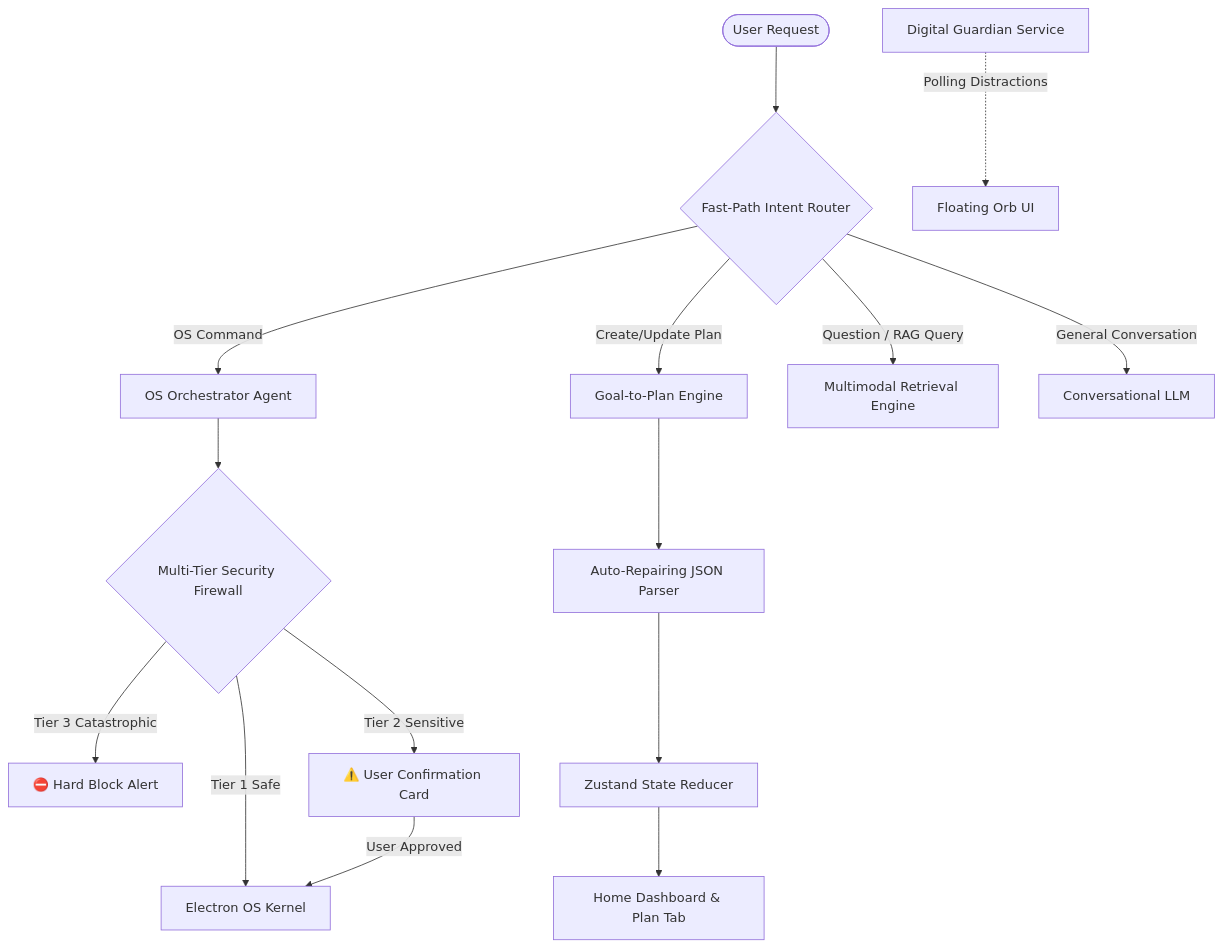
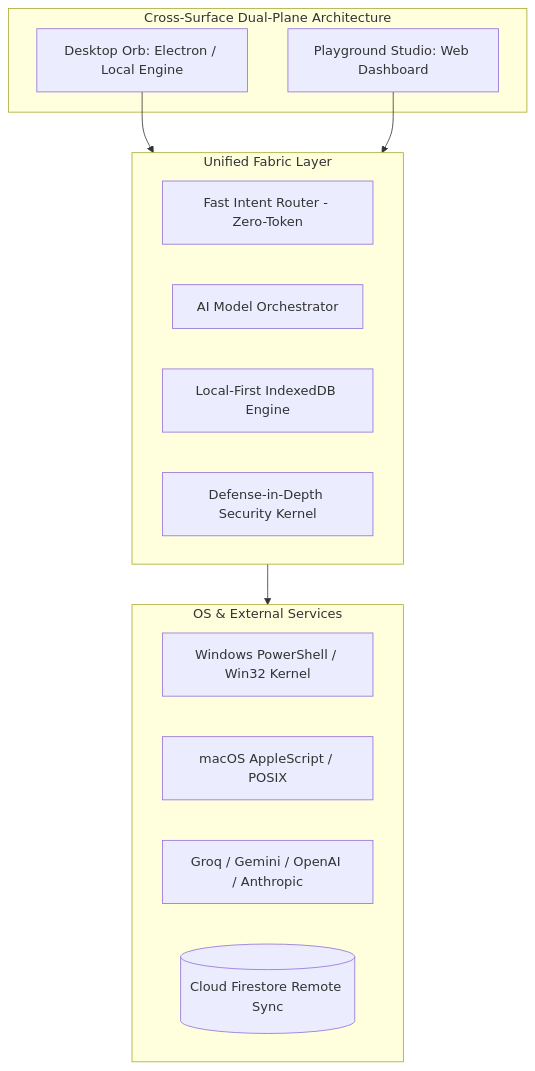
One commit to Maayank18/FloatGPT changed the first of 2 diagrams in Explanation.md. Above: the diagram before and after it, drawn with Mermaid. The commit also changed other lines of this file and 250 other files, not shown here.

````diff
--- a/Explanation.md
+++ b/Explanation.md
@@ -22,21 +32,25 @@
 ```mermaid
 graph TD
-    User([User Request]) --> Router{Fast-Path Intent Router}
-    
-    Router -- OS Command --> OSAgent[OS Orchestrator Agent]
-    Router -- Create/Update Plan --> PlanAgent[Goal-to-Plan Engine]
-    Router -- Question / RAG Query --> RAGAgent[Multimodal Retrieval Engine]
-    Router -- General Conversation --> ChatAgent[Conversational LLM]
-    
-    OSAgent --> SecurityGuard{Multi-Tier Security Firewall}
-    SecurityGuard -- Tier 3 Catastrophic --> BlockedAlert[⛔ Hard Block Alert]
-    SecurityGuard -- Tier 2 Sensitive --> PromptCard[⚠️ User Confirmation Card]
-    SecurityGuard -- Tier 1 Safe --> Kernel[Electron OS Kernel]
-    PromptCard -- User Approved --> Kernel
-    
-    PlanAgent --> AutoRepair[Auto-Repairing JSON Parser]
-    AutoRepair --> StateReducer[Zustand State Reducer]
-    StateReducer --> UI[Home Dashboard & Plan Tab]
-    
-    Guardian[Digital Guardian Service] -. Polling Distractions .-> Orb[Floating Orb UI]
+    subgraph Surfaces [Cross-Surface Dual-Plane Architecture]
+        Orb[Desktop Orb: Electron / Local Engine] 
+        Studio[Playground Studio: Web Dashboard]
+    end
+
+    subgraph Fabric [Unified Fabric Layer]
+        Router[Fast Intent Router - Zero-Token]
+        Orchestrator[AI Model Orchestrator]
+        State[Local-First IndexedDB Engine]
+        Security[Defense-in-Depth Security Kernel]
+    end
+
+    subgraph Execution [OS & External Services]
+        PS[Windows PowerShell / Win32 Kernel]
+        Mac[macOS AppleScript / POSIX]
+        Cloud[Groq / Gemini / OpenAI / Anthropic]
+        Firebase[(Cloud Firestore Remote Sync)]
+    end
+
+    Orb --> Fabric
+    Studio --> Fabric
+    Fabric --> Execution
 ```
````
